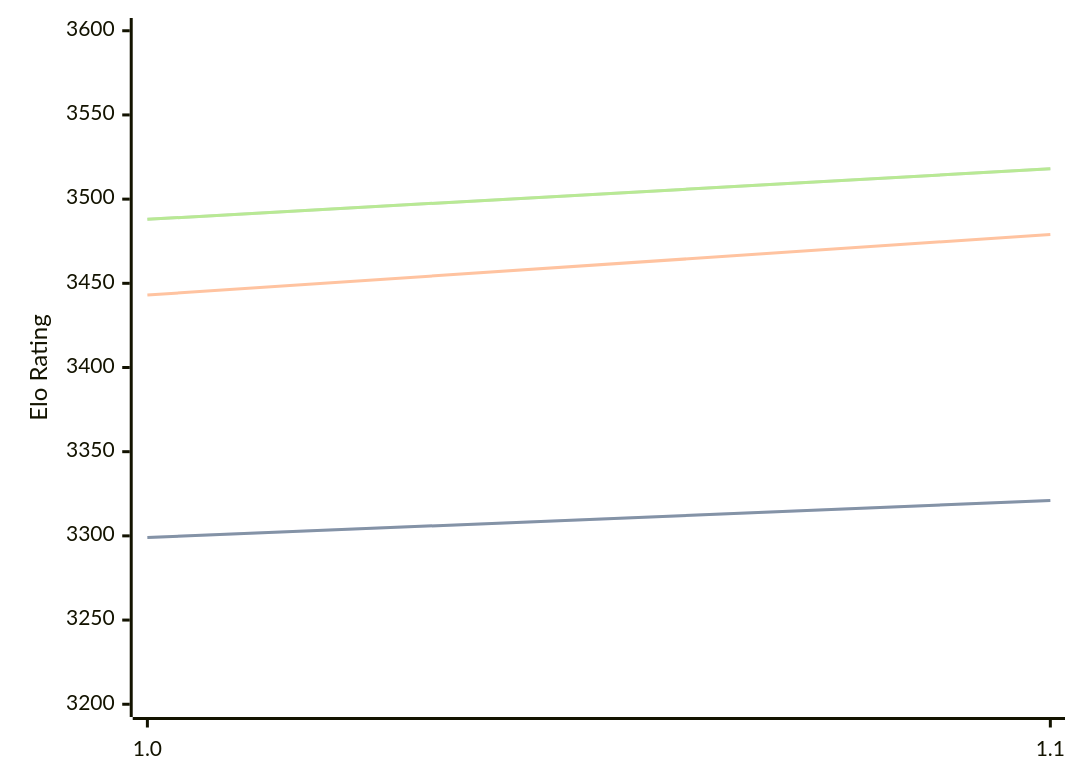
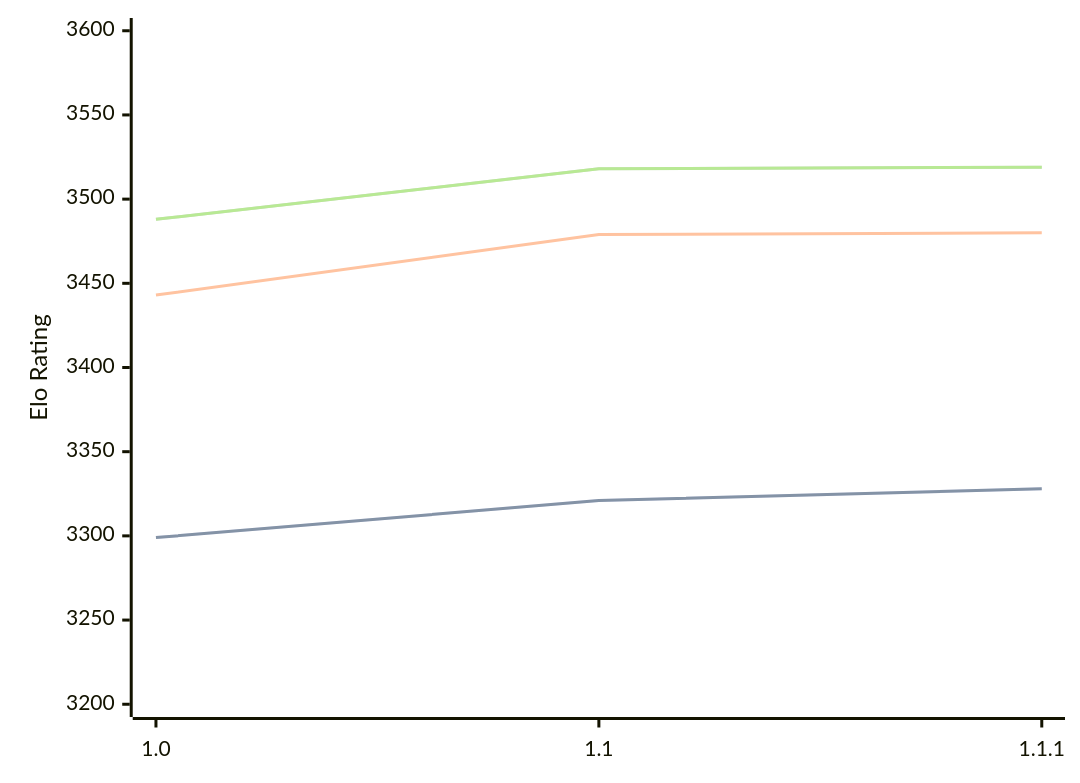
The first of 3 diagrams in engines/Icarus.md (computer-chess-index/cci), drawn with Mermaid before and after one commit. The commit also changed other lines of this file, not shown here.

Commit message:
Update CCI Ratings (ELO VLTC) - 2026-07-18

````diff
--- a/engines/Icarus.md
+++ b/engines/Icarus.md
@@ -32,11 +33,11 @@
 ```mermaid
 %%{init: {"theme":"base","themeVariables":{"seriesColors:['#a3a3a3','#222221','#faa371']}}}%%
 xychart-beta
-  x-axis ["1.0", "1.1"]
+  x-axis ["1.0", "1.1", "1.1.1"]
   y-axis "Elo Rating" 3200 --> 3600
-  line "STC (8.0+0.08s)" [3299, 3321]
-  line "STC (8.0+0.08s)" [3299, 3321]
-  line "LTC (60.0+0.60s)" [3443, 3479]
-  line "VLTC (2m24s+1.12s)" [3488, 3518]
-  line "VLTC (2m24s+1.12s)" [3488, 3518]
+  line "STC (8.0+0.08s)" [3299, 3321, 3328]
+  line "STC (8.0+0.08s)" [3299, 3321, 3328]
+  line "LTC (60.0+0.60s)" [3443, 3479, 3480]
+  line "VLTC (2m24s+1.12s)" [3488, 3518, 3519]
+  line "VLTC (2m24s+1.12s)" [3488, 3518, 3519]
 ```
````
